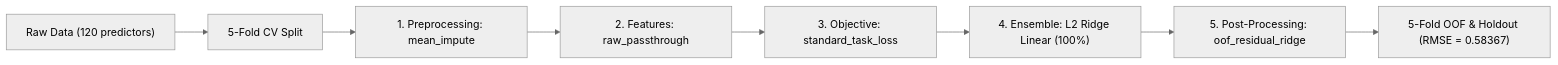
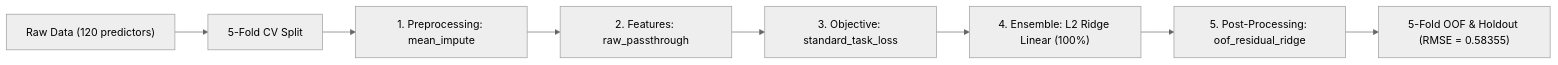
The diagram in README.md (stefanoclss/UM-Game-Playing-Strength-of-MCTS-Variants), drawn with Mermaid (neutral theme) before and after one commit. The commit also changed other lines of this file, not shown here.

First line of the commit message:
docs(readme): refresh verified OOF benchmark & build ledger (RMSE=0.58355)

````diff
--- a/README.md
+++ b/README.md
@@ -70,10 +71,10 @@
 ```mermaid
 flowchart LR
     DATA["Raw Data (120 predictors)"] --> SPLIT["5-Fold CV Split"]
     SPLIT --> PRE["1. Preprocessing: mean_impute"]
     PRE --> FEAT["2. Features: raw_passthrough"]
     FEAT --> OBJ["3. Objective: standard_task_loss"]
     OBJ --> M0["4. Ensemble: L2 Ridge Linear (100%)"]
     M0 --> POST["5. Post-Processing: oof_residual_ridge"]
-    POST --> OUT["5-Fold OOF & Holdout (RMSE = 0.58367)"]
+    POST --> OUT["5-Fold OOF & Holdout (RMSE = 0.58355)"]
 ```
````
